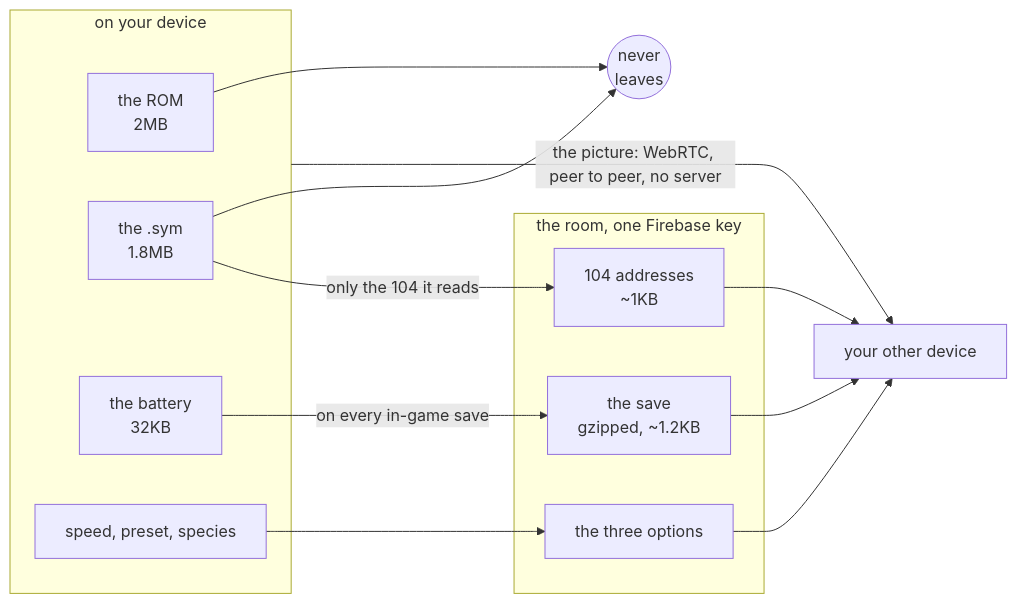
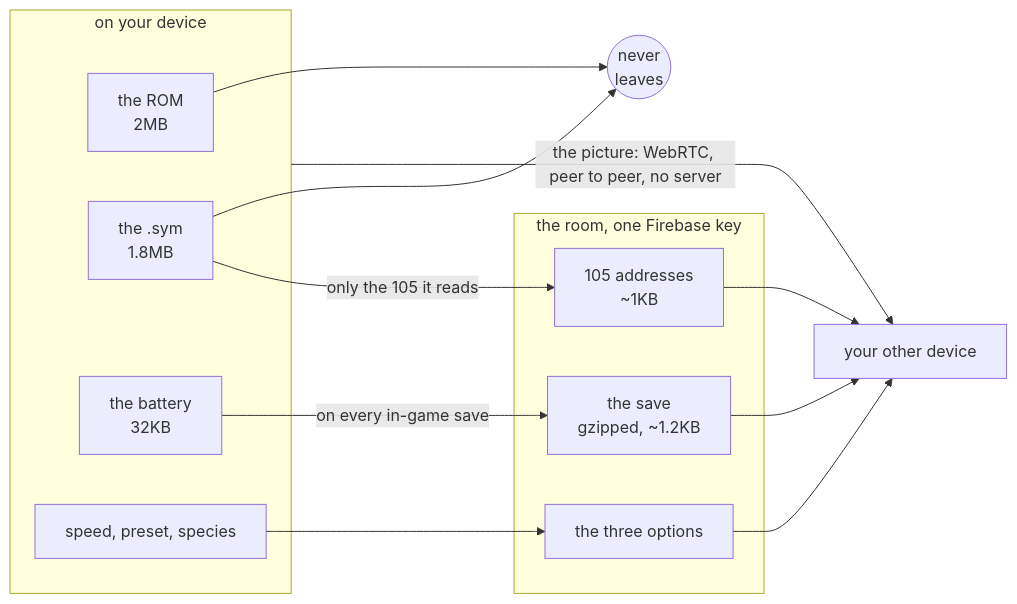
One commit to minormending/crystal-pilot-mobile changed the second of 2 diagrams in docs/DEVICES.md. Above: the diagram before and after it, drawn with Mermaid. The commit also changed other lines of this file and 9 other files, not shown here.

````diff
--- a/docs/DEVICES.md
+++ b/docs/DEVICES.md
@@ -328,25 +328,25 @@
 ```mermaid
 flowchart LR
     subgraph D["on your device"]
         ROM["the ROM<br/>2MB"]
         SYM["the .sym<br/>1.8MB"]
         SAVE["the battery<br/>32KB"]
         OPT["speed, preset, species"]
     end
     STOP(("never<br/>leaves"))
     subgraph R["the room, one Firebase key"]
-        A["104 addresses<br/>~1KB"]
+        A["105 addresses<br/>~1KB"]
         S["the save<br/>gzipped, ~1.2KB"]
         O["the three options"]
     end
     OTHER["your other device"]
     ROM --> STOP
     SYM --> STOP
-    SYM -->|"only the 104 it reads"| A
+    SYM -->|"only the 105 it reads"| A
     SAVE -->|"on every in-game save"| S
     OPT --> O
     A --> OTHER
     S --> OTHER
     O --> OTHER
     D -->|"the picture: WebRTC, peer to peer, no server"| OTHER
 ```
````
